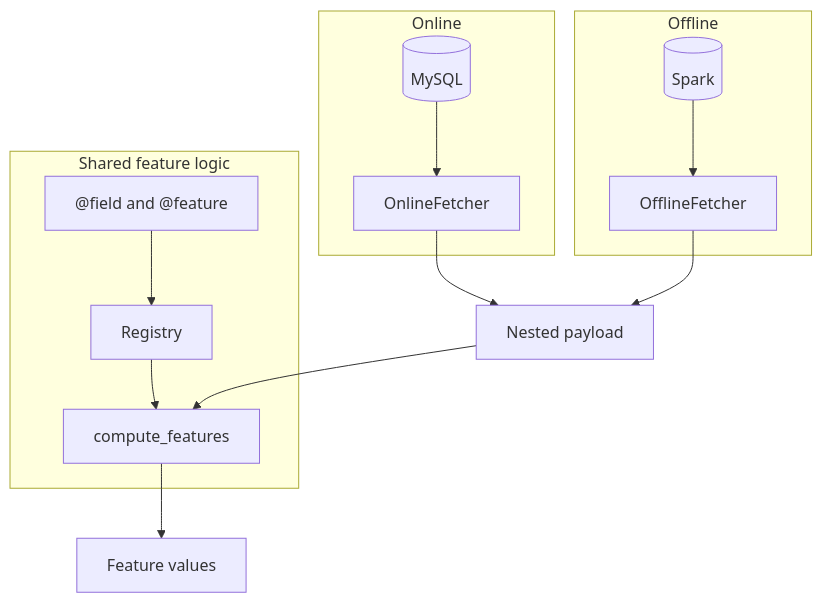
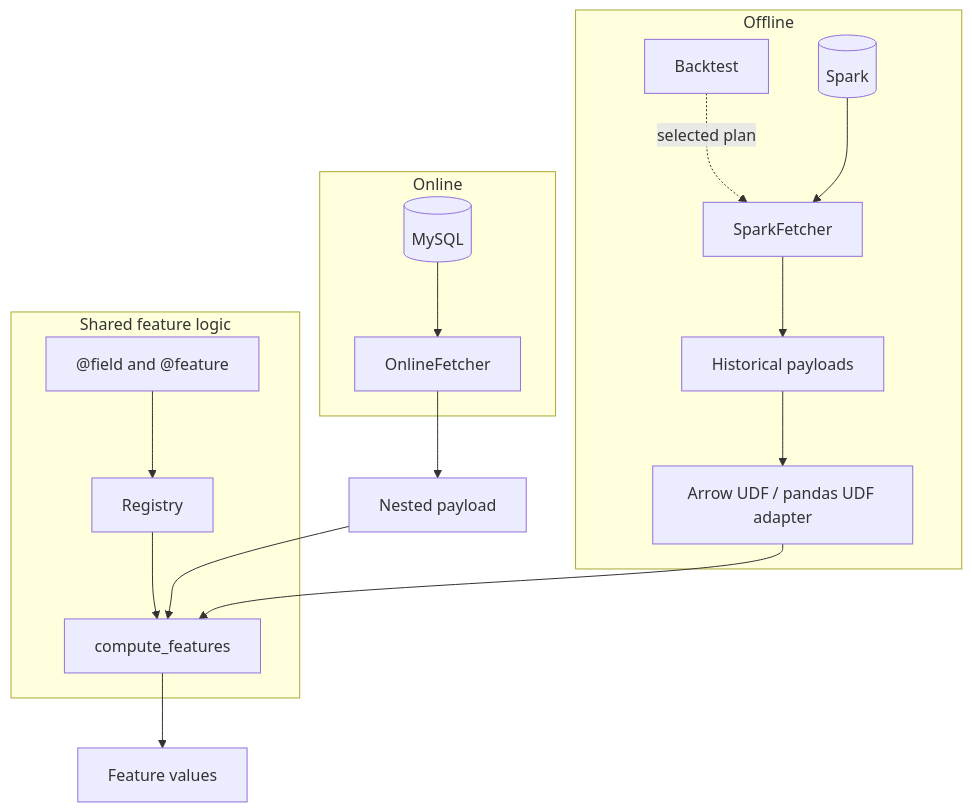
Before and after one commit to mirusai/mirus: the diagram in README.md, drawn with Mermaid. The commit also changed other lines of this file and 48 other files, not shown here.

````diff
--- a/README.md
+++ b/README.md
@@ -87,17 +210,20 @@
 ```mermaid
 flowchart TB
   subgraph shared [Shared feature logic]
     tags["@field and @feature"] --> registry[Registry]
     registry --> compute[compute_features]
   end
   subgraph online [Online]
     db[(MySQL)] --> onlineFetcher[OnlineFetcher]
   end
   subgraph offline [Offline]
-    warehouse[(Spark)] --> offlineFetcher[OfflineFetcher]
+    backtest[Backtest] -. selected plan .-> offlineFetcher[SparkFetcher]
+    warehouse[(Spark)] --> offlineFetcher
+    offlineFetcher --> historical[Historical payloads]
+    historical --> adapter["Arrow UDF / pandas UDF adapter"]
   end
   onlineFetcher --> payload[Nested payload]
-  offlineFetcher --> payload
   payload --> compute
+  adapter --> compute
   compute --> values[Feature values]
 ```
````
